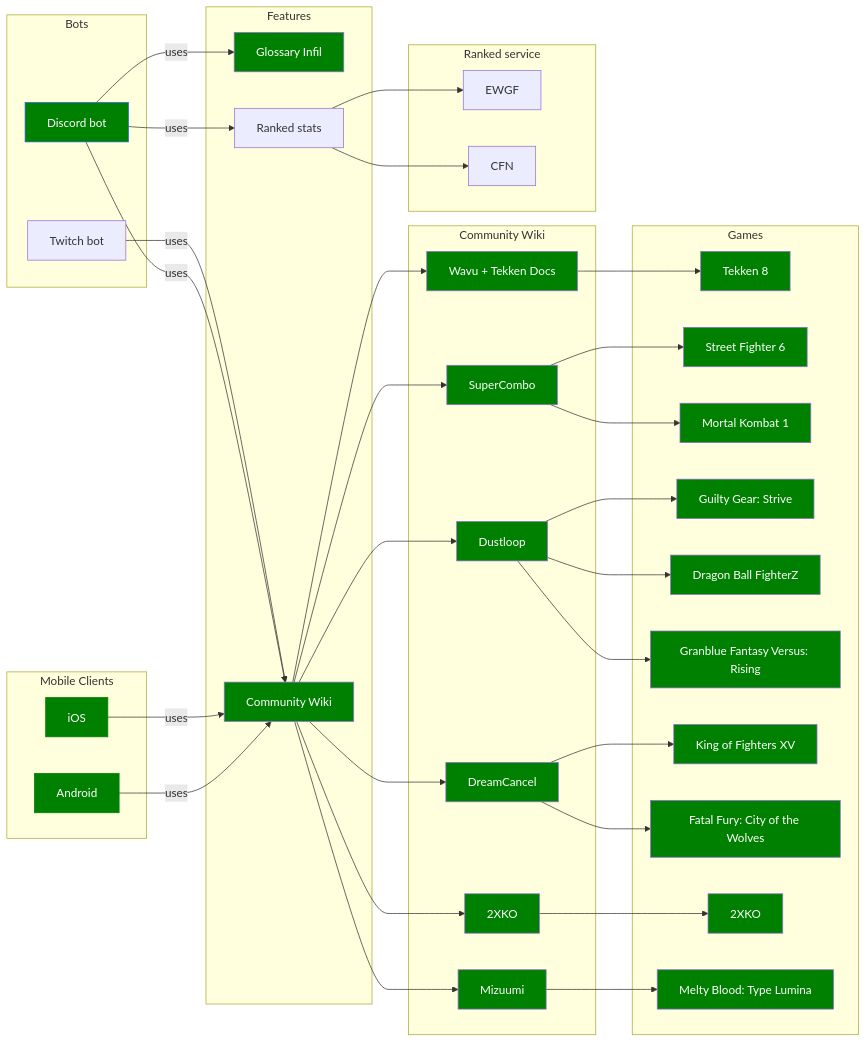
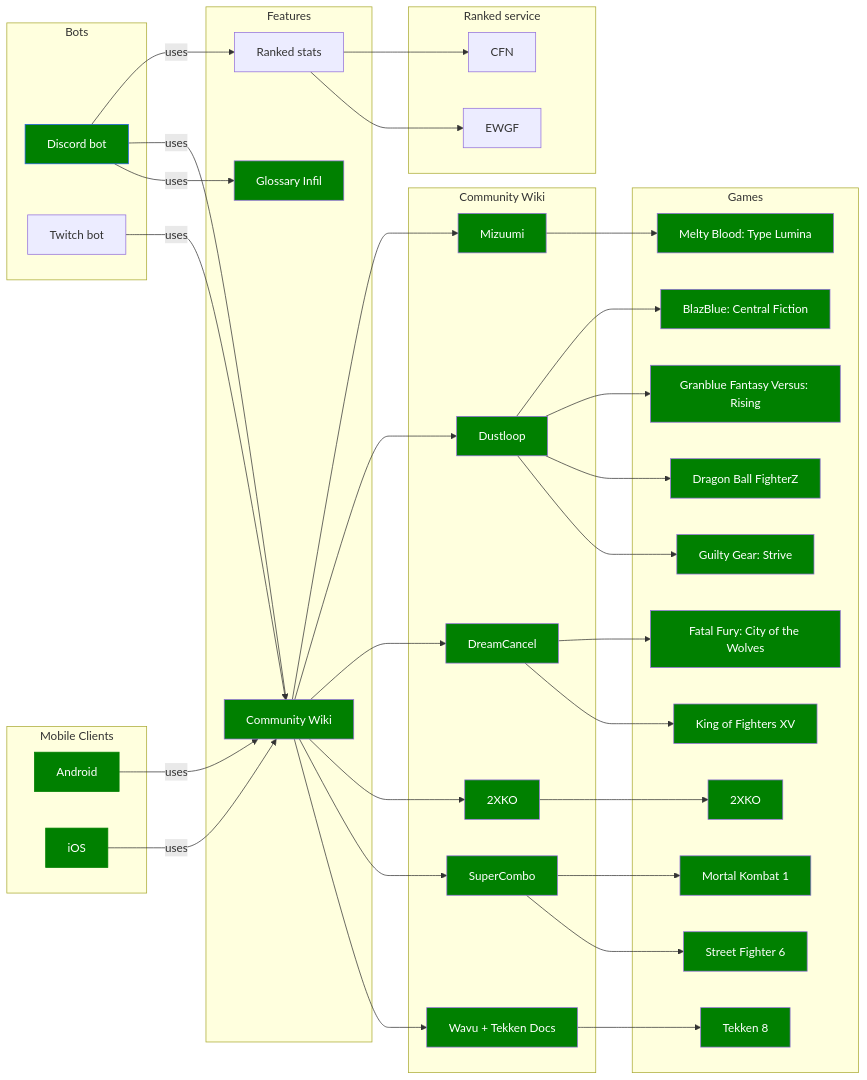
One commit to Sophon/FightingNerd changed the diagram in README.md. Above: the diagram before and after it, drawn with Mermaid. The commit also changed 32 other files, not shown here.

````diff
--- a/README.md
+++ b/README.md
@@ -60,6 +60,7 @@
         cotw[Fatal Fury: City of the Wolves]
         xko[2XKO]
         melty[Melty Blood: Type Lumina]
+        bbcf[BlazBlue: Central Fiction]
     end
 
     subgraph Ranked service
@@ -91,6 +92,7 @@
     dustloop --> ggst
     dustloop --> dbfz
     dustloop --> gbvsr
+    dustloop --> bbcf
     2xko --> xko
     dreamcancel --> kof15
     dreamcancel --> cotw
@@ -118,4 +120,5 @@
     style dbfz fill:green, color:#fff
     style gbvsr fill:green, color:#fff
     style melty fill:green, color:#fff
+    style bbcf fill:green, color:#fff
   ```
````
